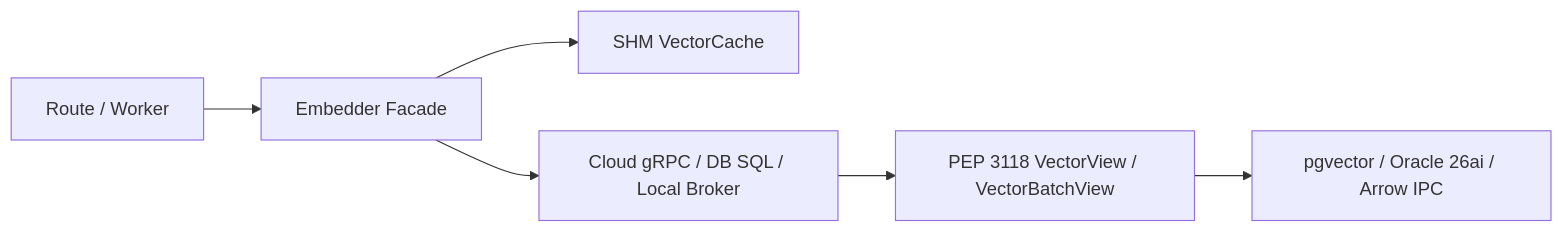
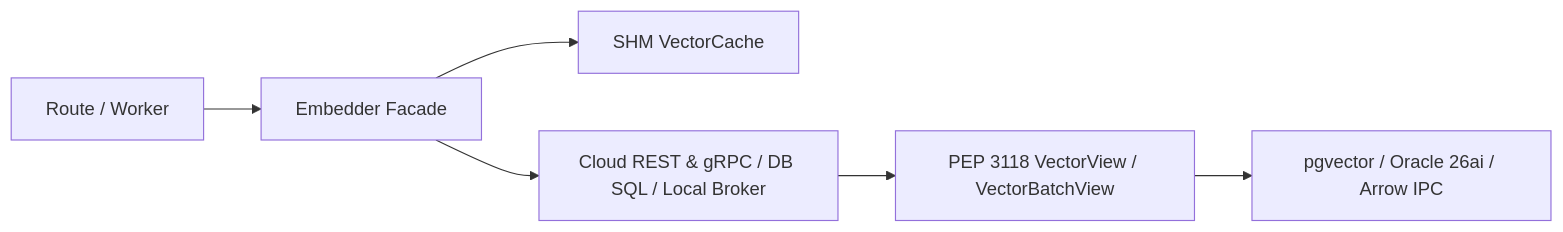
Before and after one commit to cofin/vertebra: the diagram in docs/usage/embeddings-and-vectors.md, drawn with Mermaid. The commit also changed other lines of this file and 74 other files, not shown here.

````diff
--- a/docs/usage/embeddings-and-vectors.md
+++ b/docs/usage/embeddings-and-vectors.md
@@ -5,8 +5,8 @@
 ```mermaid
 flowchart LR
     Route["Route / Worker"] --> Embedder["Embedder Facade"]
     Embedder --> Cache["SHM VectorCache"]
-    Embedder --> Backend["Cloud gRPC / DB SQL / Local Broker"]
+    Embedder --> Backend["Cloud REST & gRPC / DB SQL / Local Broker"]
     Backend --> View["PEP 3118 VectorView / VectorBatchView"]
     View --> Store["pgvector / Oracle 26ai / Arrow IPC"]
 ```
````
